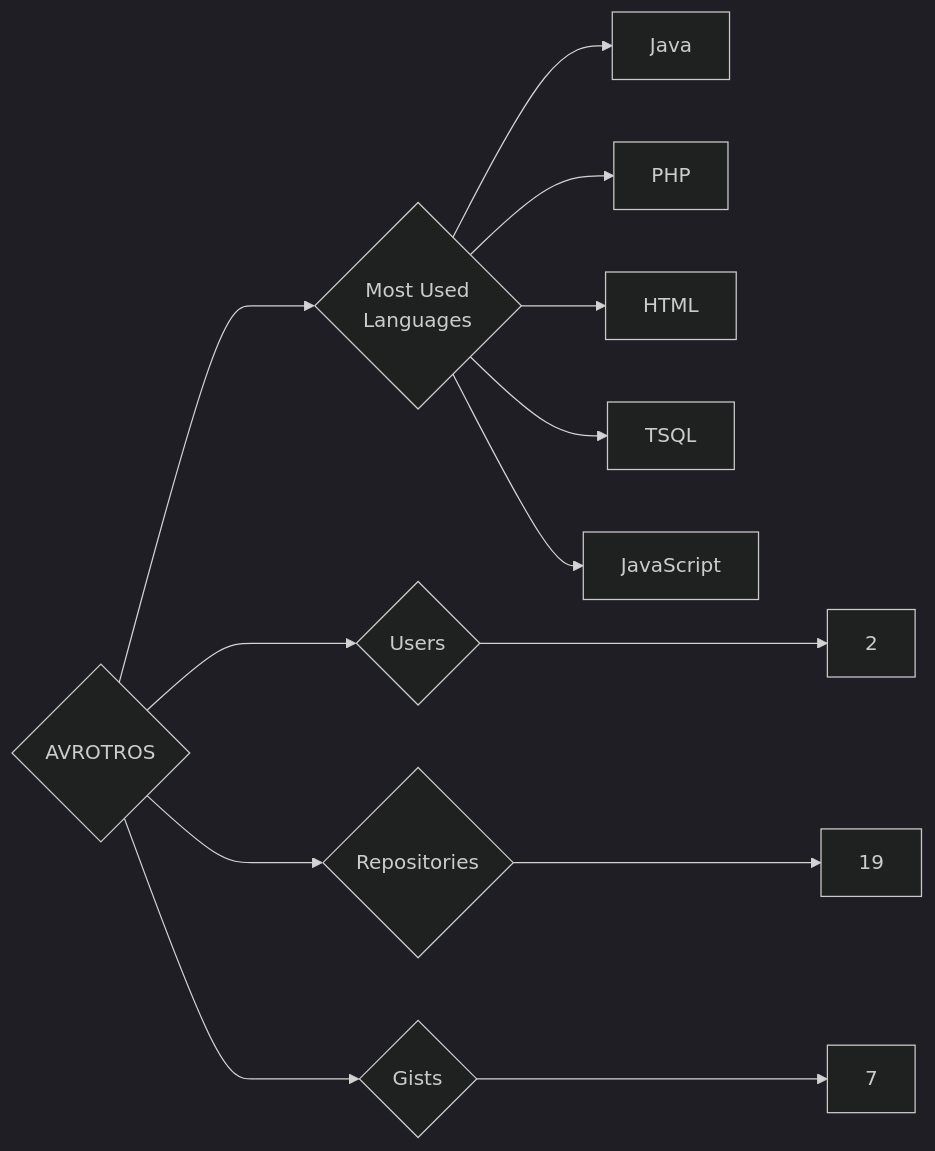
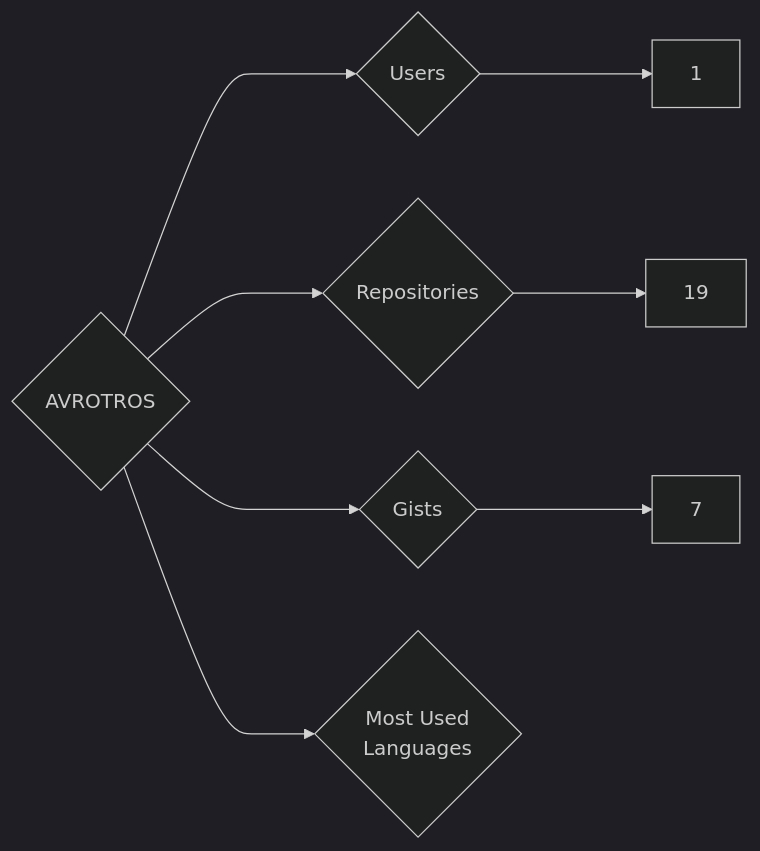
The diagram in targets/AVROTROS/README.md (trickest/insiders), drawn with Mermaid (dark theme) before and after one commit. The commit also changed 1007 other files, not shown here.

````diff
--- a/targets/AVROTROS/README.md
+++ b/targets/AVROTROS/README.md
@@ -3,13 +3,8 @@
 ```mermaid
 graph LR
 COMPANY_NAME{AVROTROS}
-COMPANY_NAME ---> U{Users} ---> UN[2]
+COMPANY_NAME ---> U{Users} ---> UN[1]
 COMPANY_NAME ---> R{Repositories} ---> RN[19]
 COMPANY_NAME ---> G{Gists} ---> GN[7]
 COMPANY_NAME ---> ML{Most Used<br>Languages}
-ML --> Java[Java]
-ML --> PHP[PHP]
-ML --> HTML[HTML]
-ML --> TSQL[TSQL]
-ML --> JavaScript[JavaScript]
 ```
````
